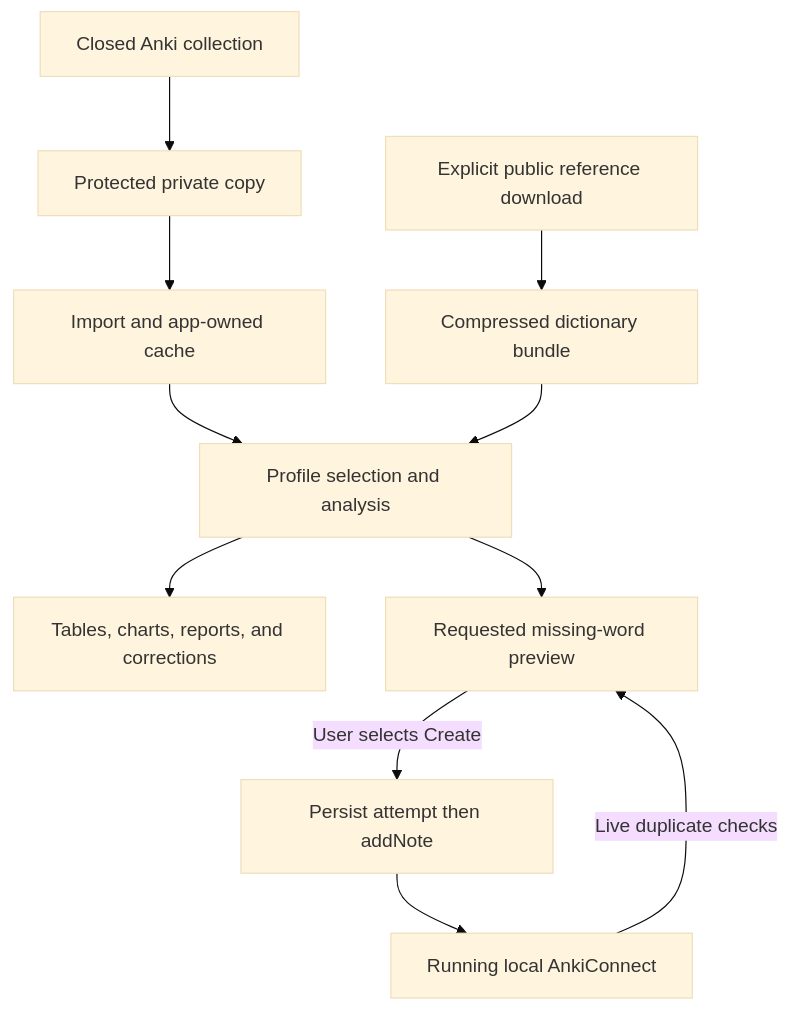
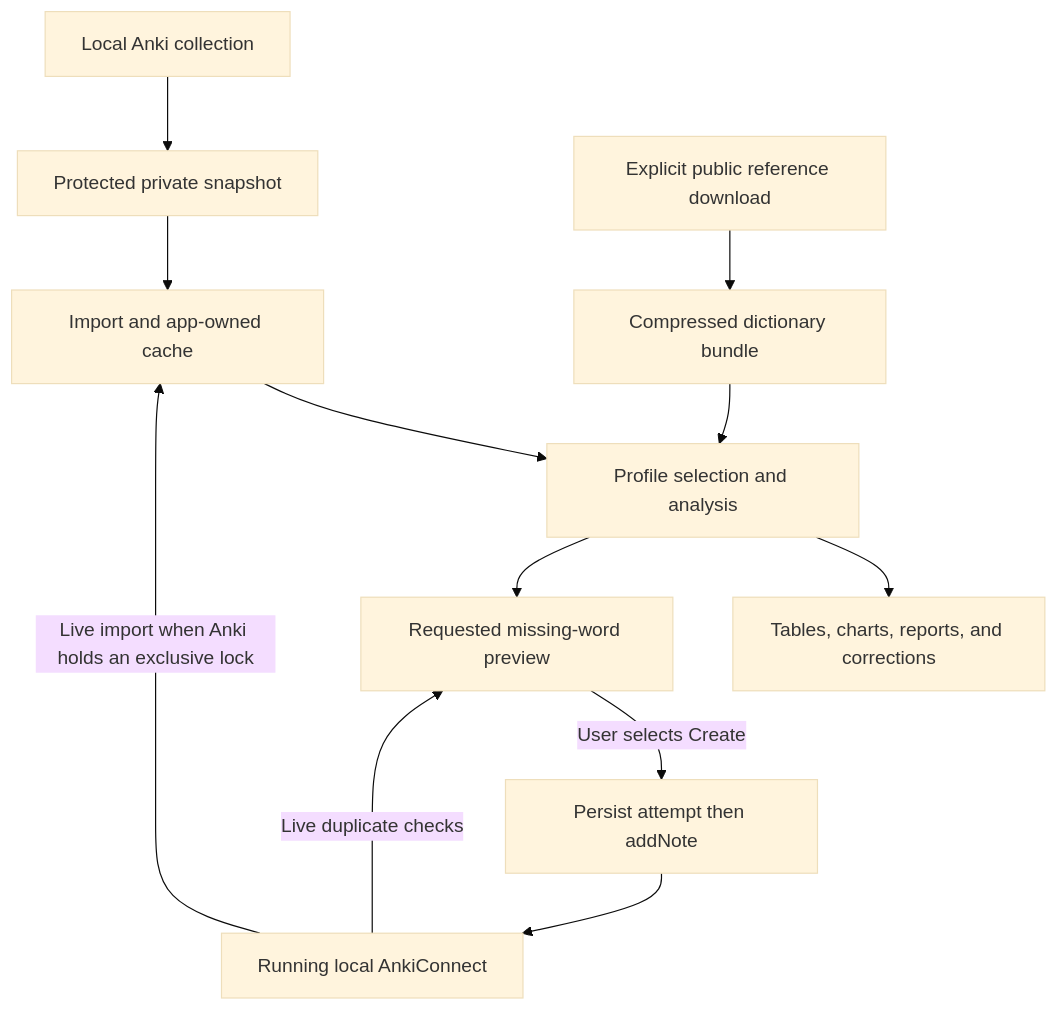
One commit to DrakeFinlay/anki-stats changed the diagram in .docs/program-guide.md. Above: the diagram before and after it, drawn with Mermaid (base theme). The commit also changed other lines of this file and 17 other files, not shown here.

Commit message:
Support live collection imports while Anki is running

````diff
--- a/.docs/program-guide.md
+++ b/.docs/program-guide.md
@@ -131,13 +131,14 @@
 ```mermaid
 flowchart TD
-    A[Closed Anki collection] --> B[Protected private copy]
+    A[Local Anki collection] --> B[Protected private snapshot]
     B --> C[Import and app-owned cache]
     C --> D[Profile selection and analysis]
     R[Explicit public reference download] --> V[Compressed dictionary bundle]
     V --> D
     D --> U[Tables, charts, reports, and corrections]
     D --> P[Requested missing-word preview]
     L[Running local AnkiConnect] -->|Live duplicate checks| P
+    L -->|Live import when Anki holds an exclusive lock| C
     P -->|User selects Create| J[Persist attempt then addNote]
     J --> L
 ```
````
